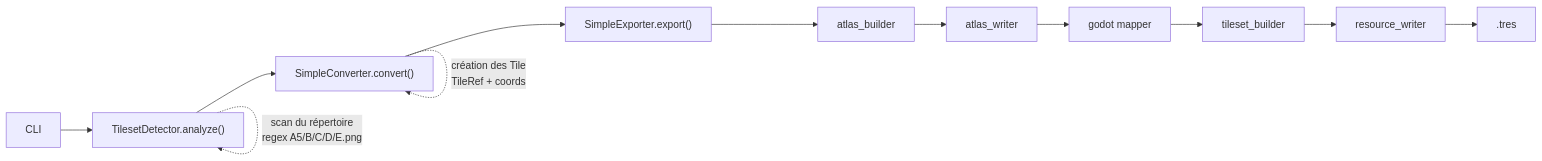
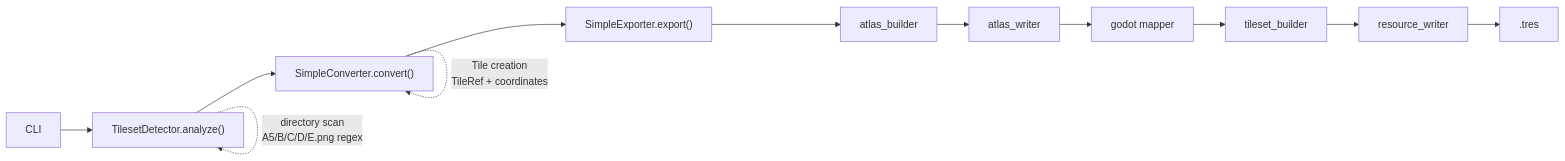
The diagram in README.md (ultra-sonic-28/rpgmaker2godot), drawn with Mermaid before and after one commit. The commit also changed other lines of this file, not shown here.

````diff
--- a/README.md
+++ b/README.md
@@ -93,16 +93,16 @@
 ```mermaid
 flowchart LR
     CLI --> A["TilesetDetector.analyze()"]
     A --> B["SimpleConverter.convert()"]
     B --> C["SimpleExporter.export()"]
     C --> D["atlas_builder"]
     D --> E["atlas_writer"]
     E --> F["godot mapper"]
     F --> G["tileset_builder"]
     G --> H["resource_writer"]
     H --> I[".tres"]
 
-    A -.->|"scan du répertoire<br/>regex A5/B/C/D/E.png"| A
-    B -.->|"création des Tile<br/>TileRef + coords"| B
+    A -.->|"directory scan<br/>A5/B/C/D/E.png regex"| A
+    B -.->|"Tile creation<br/>TileRef + coordinates"| B
     
 ```
````
